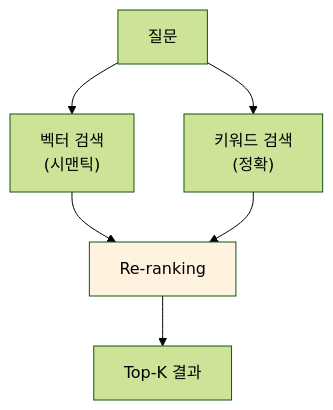
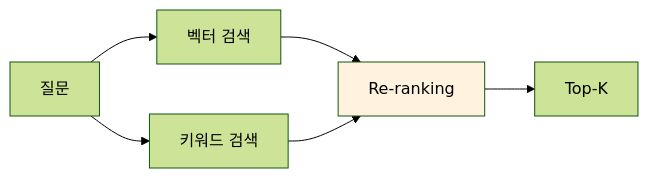
One commit to Gyeom/dev-notes changed the seventh of 10 diagrams in content/posts/2025-10-05-rag-system-design-guide.md. Above: the diagram before and after it, drawn with Mermaid (forest theme). The commit also changed other lines of this file and 7 other files, not shown here.

First line of the commit message:
Fix: 전체 포스트 Mermaid 다이어그램 가로 배치 적용

````diff
--- a/content/posts/2025-10-05-rag-system-design-guide.md
+++ b/content/posts/2025-10-05-rag-system-design-guide.md
@@ -242,12 +224,12 @@
 ```mermaid
-flowchart TB
-    Q["질문"] --> V["벡터 검색<br/>(시맨틱)"]
-    Q --> K["키워드 검색<br/>(정확)"]
+flowchart LR
+    Q["질문"] --> V["벡터 검색"]
+    Q --> K["키워드 검색"]
 
     V --> R["Re-ranking"]
     K --> R
 
-    R --> Top["Top-K 결과"]
+    R --> Top["Top-K"]
 
     style R fill:#FFF3E0
 ```
````
